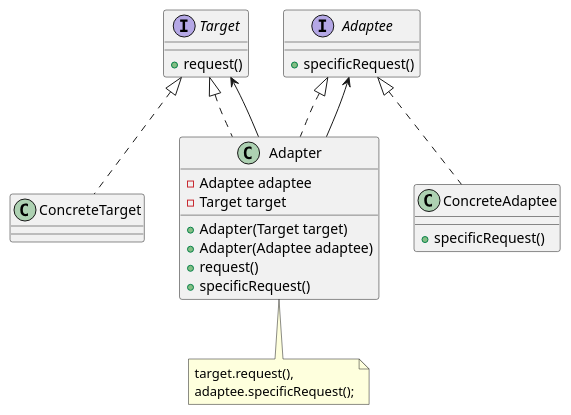
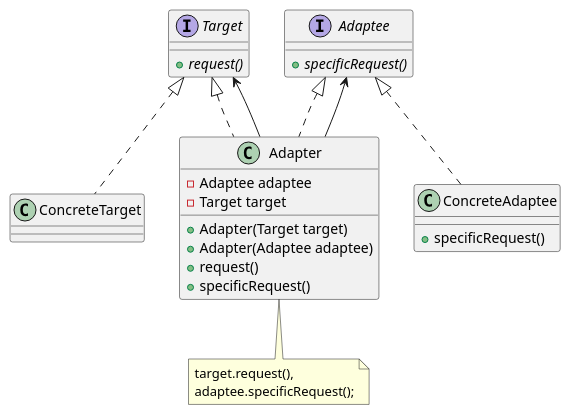
Before and after one commit to lyszhen3/myWeb: the diagram in design_model/src/main/resources/结构型模式/双向适配器模式.puml, drawn with PlantUML. The commit also changed 184 other files, not shown here.

```diff
--- a/design_model/src/main/resources/结构型模式/双向适配器模式.puml
+++ b/design_model/src/main/resources/结构型模式/双向适配器模式.puml
@@ -1,33 +1,33 @@
 @startuml
 interface Adaptee{
-+specificRequest()
++{abstract} specificRequest()
 }
 interface Target{
-+request()
++{abstract} request()
 }
 class ConcreteAdaptee{
 +specificRequest()
 }
 class ConcreteTarget{
 }
 class Adapter{
 -Adaptee adaptee
 -Target target
 +Adapter(Target target)
 +Adapter(Adaptee adaptee)
 +request()
 +specificRequest()
 }
 note bottom:target.request(),\nadaptee.specificRequest();
 
 Adapter .up.|> Adaptee
 Adapter .up.|> Target
 Adapter -up-> Adaptee
 Adapter -up-> Target
 
 ConcreteAdaptee .up.|> Adaptee
 ConcreteTarget .up.|>Target
 
 
 
 @enduml
```
